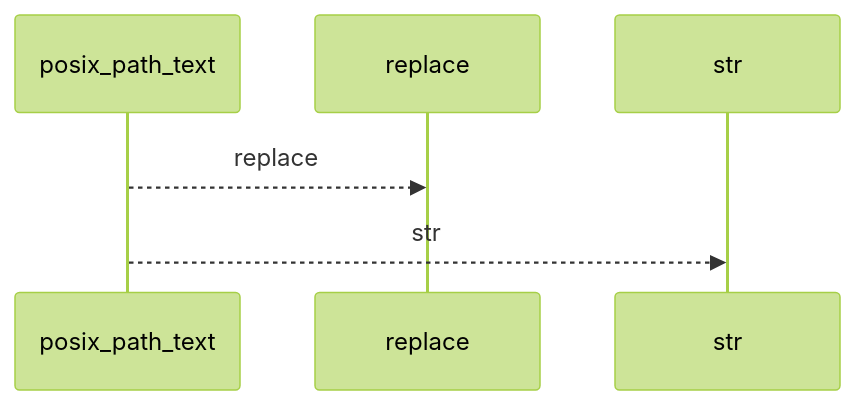
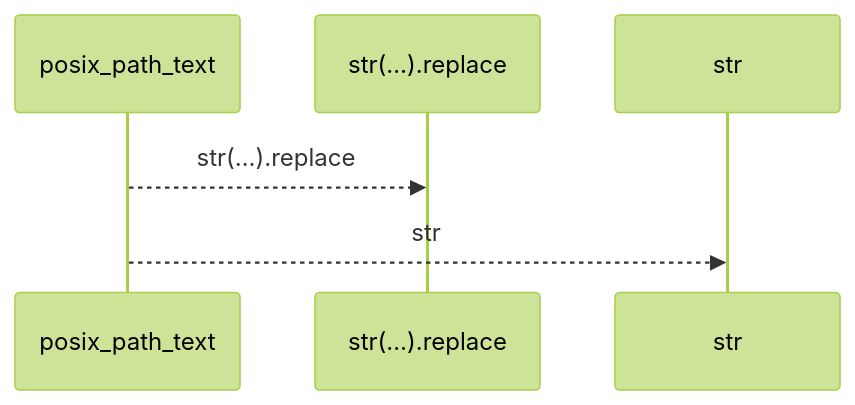
One commit to Denissvgn/python-wiki-llm changed the first of 2 diagrams in docs/llm_wiki/flows/api-posix_path_text.md. Above: the diagram before and after it, drawn with Mermaid (forest theme). The commit also changed other lines of this file and 719 other files, not shown here.

````diff
--- a/docs/llm_wiki/flows/api-posix_path_text.md
+++ b/docs/llm_wiki/flows/api-posix_path_text.md
@@ -10,8 +10,8 @@
 ```mermaid
 sequenceDiagram
     participant p0 as posix_path_text
-    participant p1 as replace
+    participant p1 as str(…).replace
     participant p2 as str
-    p0-->>p1: replace
+    p0-->>p1: str(…).replace
     p0-->>p2: str
 ```
````
